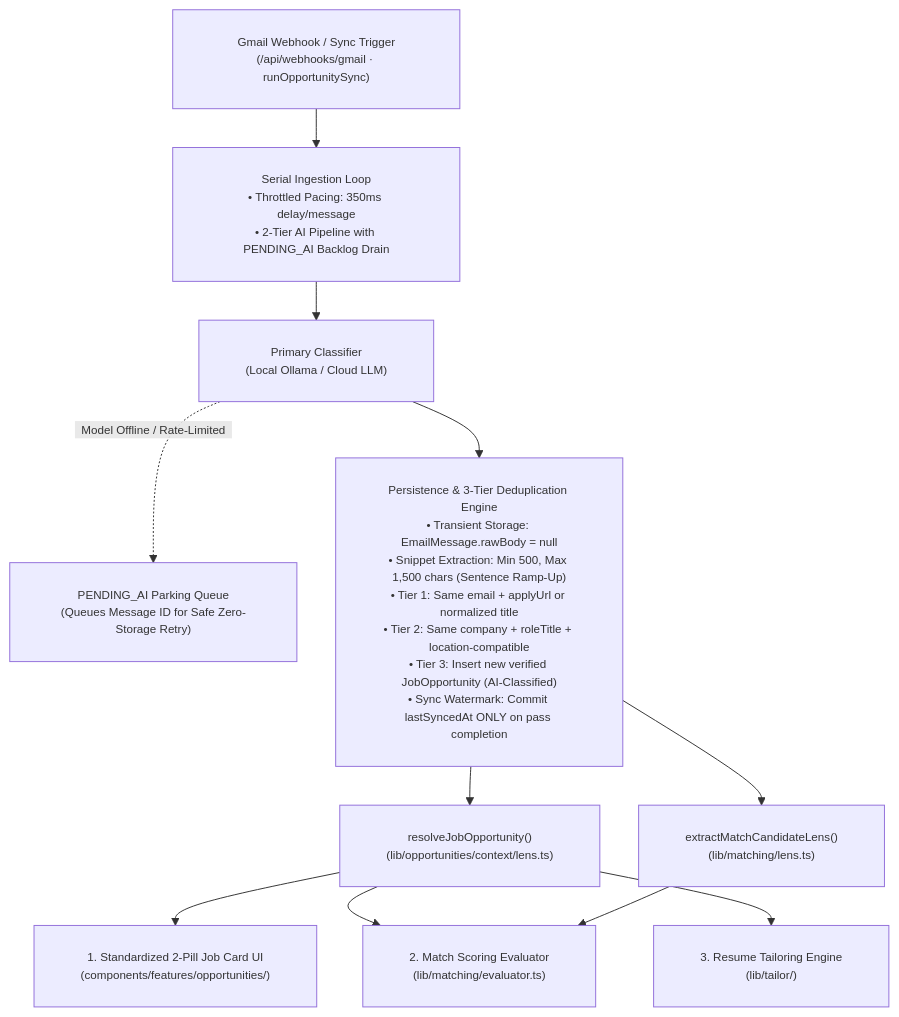
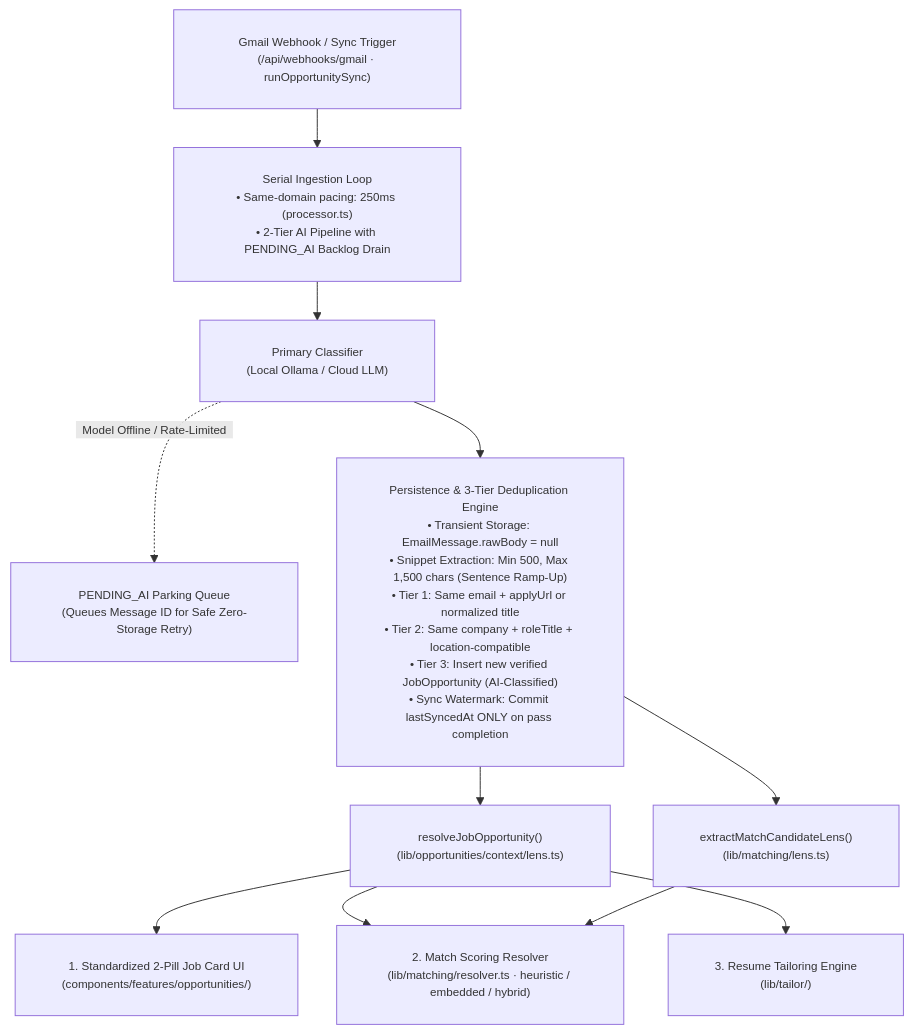
Before and after one commit to Marqlo-C/mailpilot: the second of 21 diagrams in README.md, drawn with Mermaid. The commit also changed other lines of this file and 12 other files, not shown here.

````diff
--- a/README.md
+++ b/README.md
@@ -180,17 +182,17 @@
 ```mermaid
 %%{init: {"themeVariables": {"fontSize": "12px", "fontFamily": "-apple-system, BlinkMacSystemFont, Segoe UI, sans-serif"}, "themeCSS": ".edgeLabel foreignObject { overflow: visible !important; } .edgeLabel span { padding: 0 4px; }", "flowchart": {"padding": 24, "nodeSpacing": 40, "rankSpacing": 40}}}%%
 flowchart TD
-  TRIG["Gmail Webhook / Sync Trigger<br/>(/api/webhooks/gmail · runOpportunitySync)"] --> INGEST["Serial Ingestion Loop<br/>• Throttled Pacing: 350ms delay/message<br/>• 2-Tier AI Pipeline with PENDING_AI Backlog Drain"]
+  TRIG["Gmail Webhook / Sync Trigger<br/>(/api/webhooks/gmail · runOpportunitySync)"] --> INGEST["Serial Ingestion Loop<br/>• Same-domain pacing: 250ms (processor.ts)<br/>• 2-Tier AI Pipeline with PENDING_AI Backlog Drain"]
 
   INGEST --> CLF["Primary Classifier<br/>(Local Ollama / Cloud LLM)"]
   CLF -.->|"&nbsp;&nbsp;Model Offline / Rate-Limited&nbsp;&nbsp;"| PARK["PENDING_AI Parking Queue<br/>(Queues Message ID for Safe Zero-Storage Retry)"]
 
   CLF --> DEDUP["Persistence & 3-Tier Deduplication Engine<br/>• Transient Storage: EmailMessage.rawBody = null<br/>• Snippet Extraction: Min 500, Max 1,500 chars (Sentence Ramp-Up)<br/>• Tier 1: Same email + applyUrl or normalized title<br/>• Tier 2: Same company + roleTitle + location-compatible<br/>• Tier 3: Insert new verified JobOpportunity (AI-Classified)<br/>• Sync Watermark: Commit lastSyncedAt ONLY on pass completion"]
 
   DEDUP --> LENS_JOB["resolveJobOpportunity()<br/>(lib/opportunities/context/lens.ts)"]
   DEDUP --> LENS_MATCH["extractMatchCandidateLens()<br/>(lib/matching/lens.ts)"]
 
   LENS_JOB --> UI["1. Standardized 2-Pill Job Card UI<br/>(components/features/opportunities/)"]
-  LENS_JOB & LENS_MATCH --> MATCH["2. Match Scoring Evaluator<br/>(lib/matching/evaluator.ts)"]
+  LENS_JOB & LENS_MATCH --> MATCH["2. Match Scoring Resolver<br/>(lib/matching/resolver.ts · heuristic / embedded / hybrid)"]
   LENS_JOB --> TAILOR["3. Resume Tailoring Engine<br/>(lib/tailor/)"]
 ```
````
